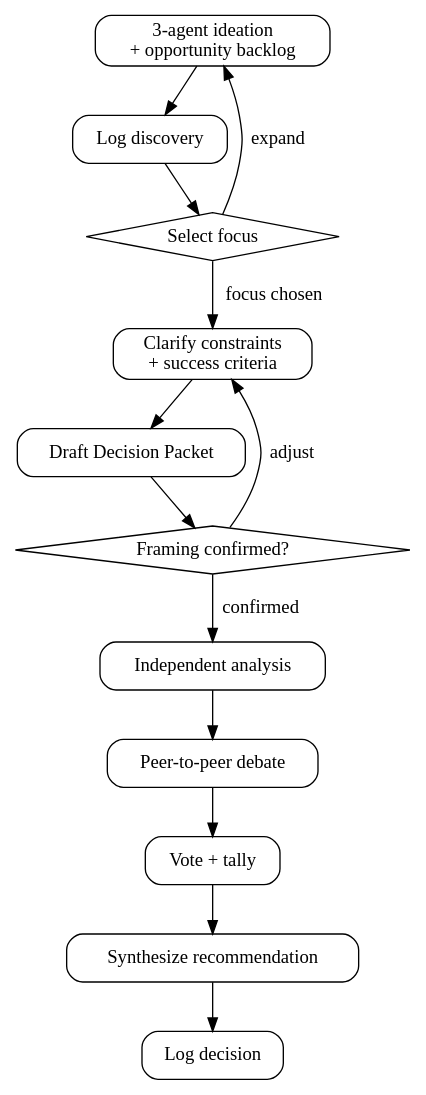
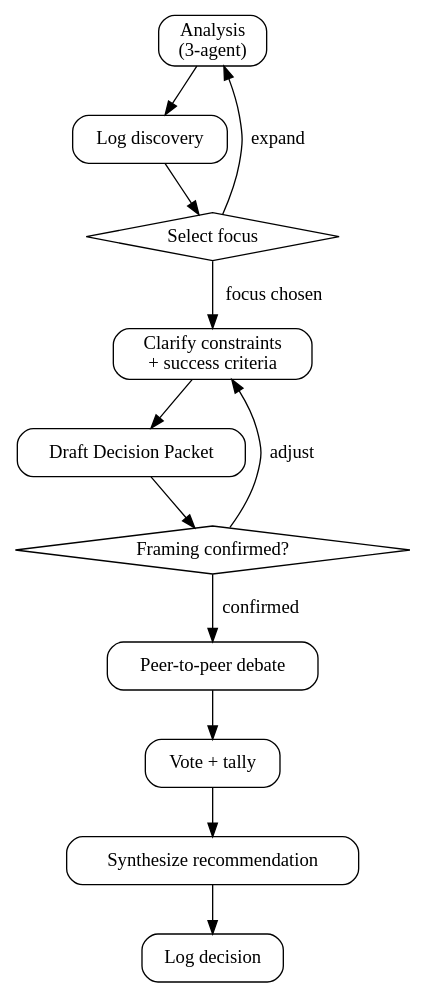
One commit to vinta/hal-9000 changed the diagram in skills/magi/SKILL.md. Above: the diagram before and after it, drawn with Graphviz. The commit also changed other lines of this file and 4 other files, not shown here.

First line of the commit message:
refactor(magi): simplify flow to analysis/debate/vote

````diff
--- a/skills/magi/SKILL.md
+++ b/skills/magi/SKILL.md
@@ -73,28 +73,27 @@
 ```dot
 digraph magi {
     rankdir=TB;
     node [shape=box, style=rounded];
 
-    discover [label="3-agent ideation\n+ opportunity backlog"];
+    analysis [label="Analysis\n(3-agent)"];
     disc_log [label="Log discovery"];
     select [label="Select focus" shape=diamond style=""];
     clarify [label="Clarify constraints\n+ success criteria"];
     packet [label="Draft Decision Packet"];
     confirm [label="Framing confirmed?" shape=diamond style=""];
-    analysis [label="Independent analysis"];
     debate [label="Peer-to-peer debate"];
     vote [label="Vote + tally"];
     synth [label="Synthesize recommendation"];
     dec_log [label="Log decision"];
 
-    discover -> disc_log -> select;
-    select -> discover [label="expand"];
+    analysis -> disc_log -> select;
+    select -> analysis [label="expand"];
     select -> clarify [label="focus chosen"];
     clarify -> packet -> confirm;
     confirm -> clarify [label="adjust"];
-    confirm -> analysis [label="confirmed"];
-    analysis -> debate -> vote;
+    confirm -> debate [label="confirmed"];
+    debate -> vote;
     vote -> synth;
     synth -> dec_log;
 }
 ```
````
